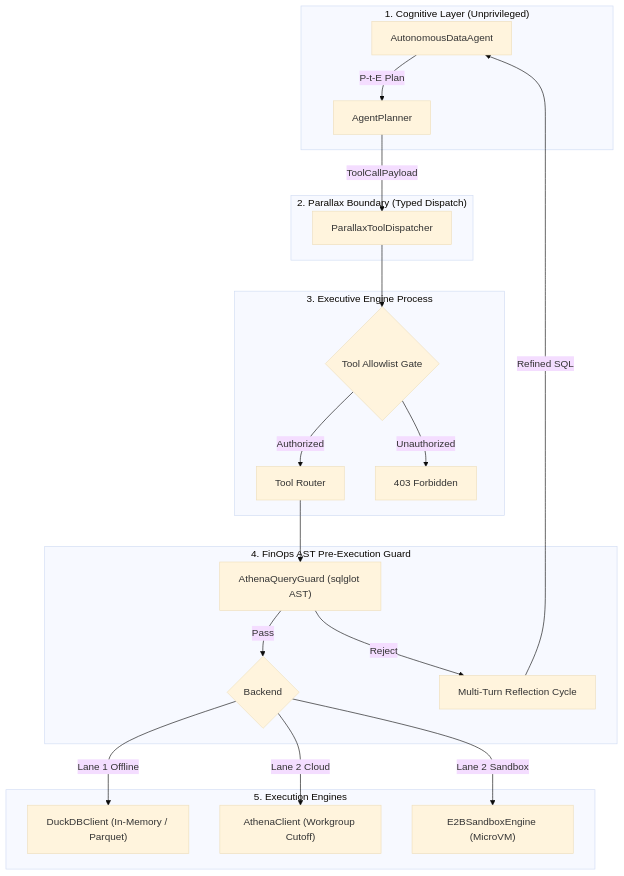
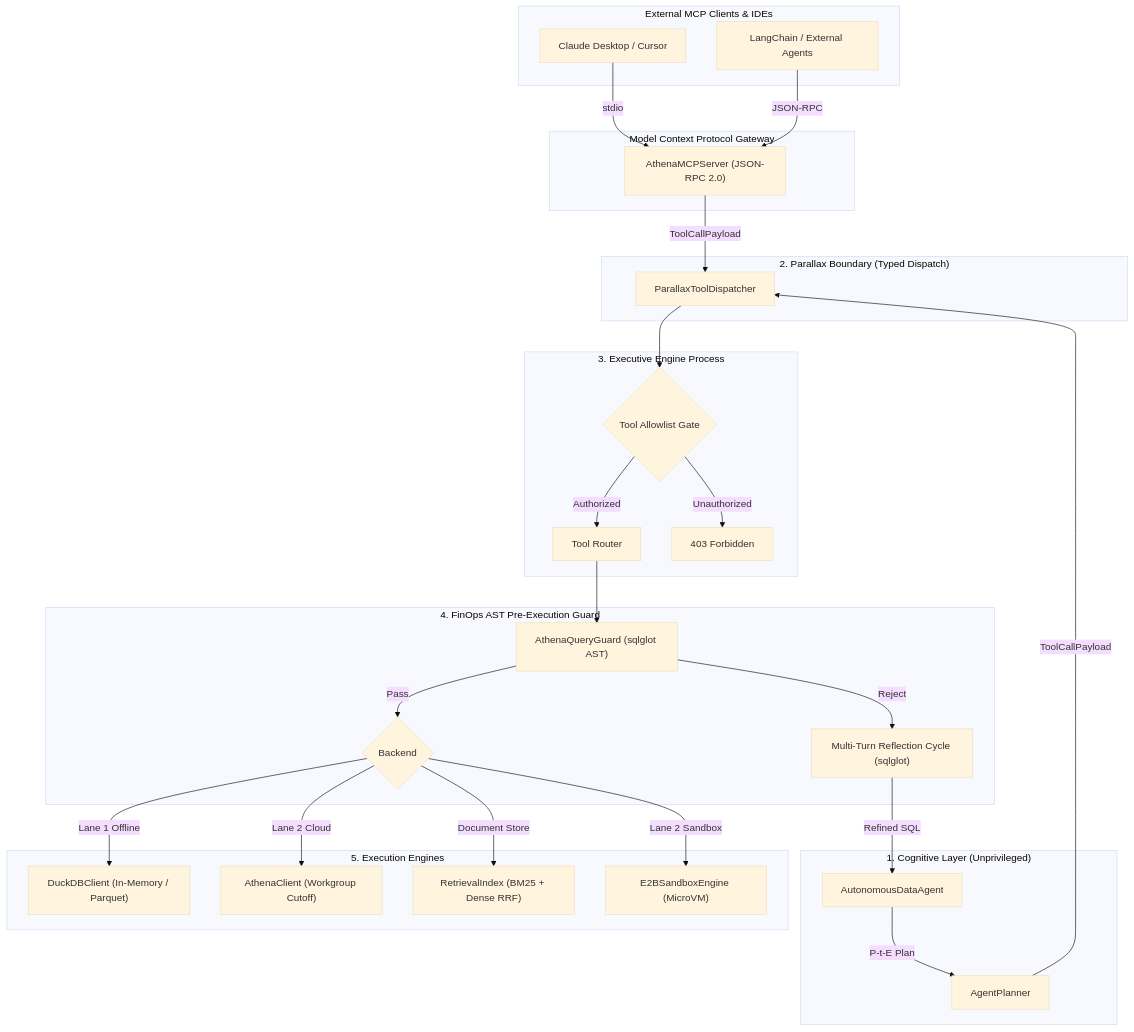
The diagram in README.md (vfcarida/Athena-reasoning-sandbox), drawn with Mermaid (base theme) before and after one commit. The commit also changed other lines of this file and 1 other file, not shown here.

Commit message:
docs: modernize README and architecture overview with MCP, AST rewriting, and 178 tests badge (AUDIT-005)

````diff
--- a/README.md
+++ b/README.md
@@ -27,34 +27,47 @@
 ```mermaid
 graph TB
+    subgraph Clients["External MCP Clients & IDEs"]
+        Claude["Claude Desktop / Cursor"]
+        CustomAgent["LangChain / External Agents"]
+    end
+
+    subgraph MCP["Model Context Protocol Gateway"]
+        MCPServer["AthenaMCPServer (JSON-RPC 2.0)"]
+        Claude -->|stdio| MCPServer
+        CustomAgent -->|JSON-RPC| MCPServer
+    end
+
     subgraph Cognitive["1. Cognitive Layer (Unprivileged)"]
         Agent["AutonomousDataAgent"]
         Planner["AgentPlanner"]
         Agent -->|P-t-E Plan| Planner
     end
 
     subgraph Boundary["2. Parallax Boundary (Typed Dispatch)"]
         Dispatcher["ParallaxToolDispatcher"]
         Planner -->|ToolCallPayload| Dispatcher
+        MCPServer -->|ToolCallPayload| Dispatcher
     end
 
     subgraph Executive["3. Executive Engine Process"]
         Allowlist{"Tool Allowlist Gate"}
         Dispatcher --> Allowlist
         Allowlist -->|Authorized| Router["Tool Router"]
         Allowlist -->|Unauthorized| Reject["403 Forbidden"]
     end
 
     subgraph Governance["4. FinOps AST Pre-Execution Guard"]
         Guard["AthenaQueryGuard (sqlglot AST)"]
         Router --> Guard
         Guard -->|Pass| ExecEngine{"Backend"}
-        Guard -->|Reject| Reflection["Multi-Turn Reflection Cycle"]
+        Guard -->|Reject| Reflection["Multi-Turn Reflection Cycle (sqlglot)"]
         Reflection -->|Refined SQL| Agent
     end
 
     subgraph Backends["5. Execution Engines"]
         ExecEngine -->|Lane 1 Offline| DuckDB["DuckDBClient (In-Memory / Parquet)"]
         ExecEngine -->|Lane 2 Cloud| Athena["AthenaClient (Workgroup Cutoff)"]
+        ExecEngine -->|Document Store| RAG["RetrievalIndex (BM25 + Dense RRF)"]
         ExecEngine -->|Lane 2 Sandbox| E2B["E2BSandboxEngine (MicroVM)"]
     end
 ```
````
